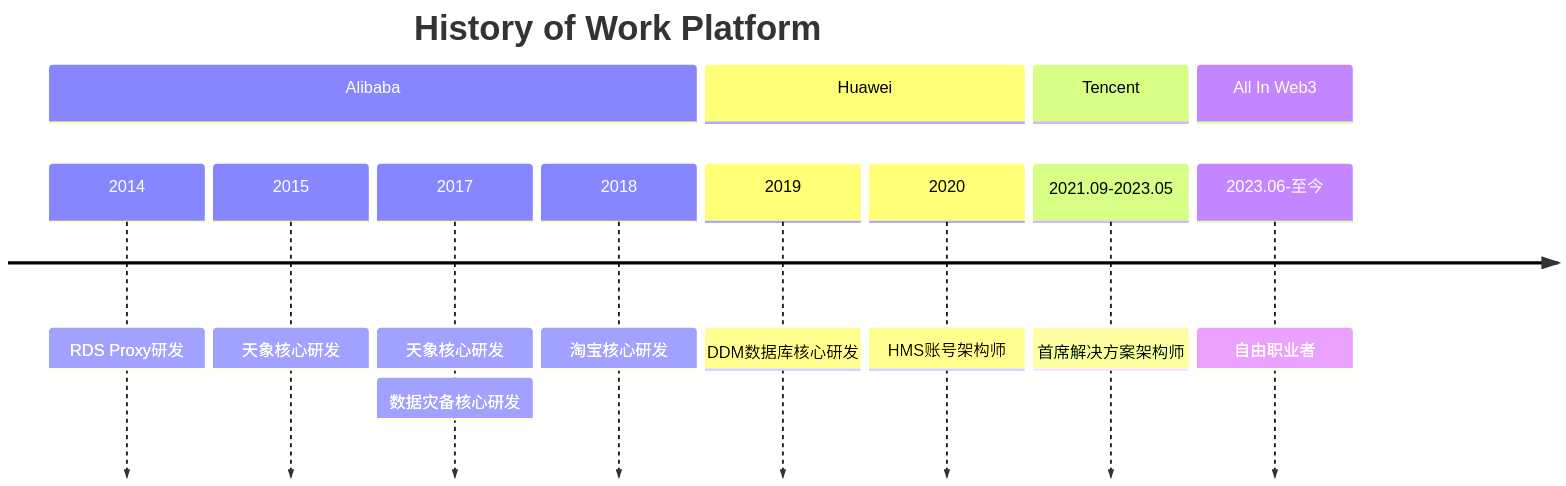
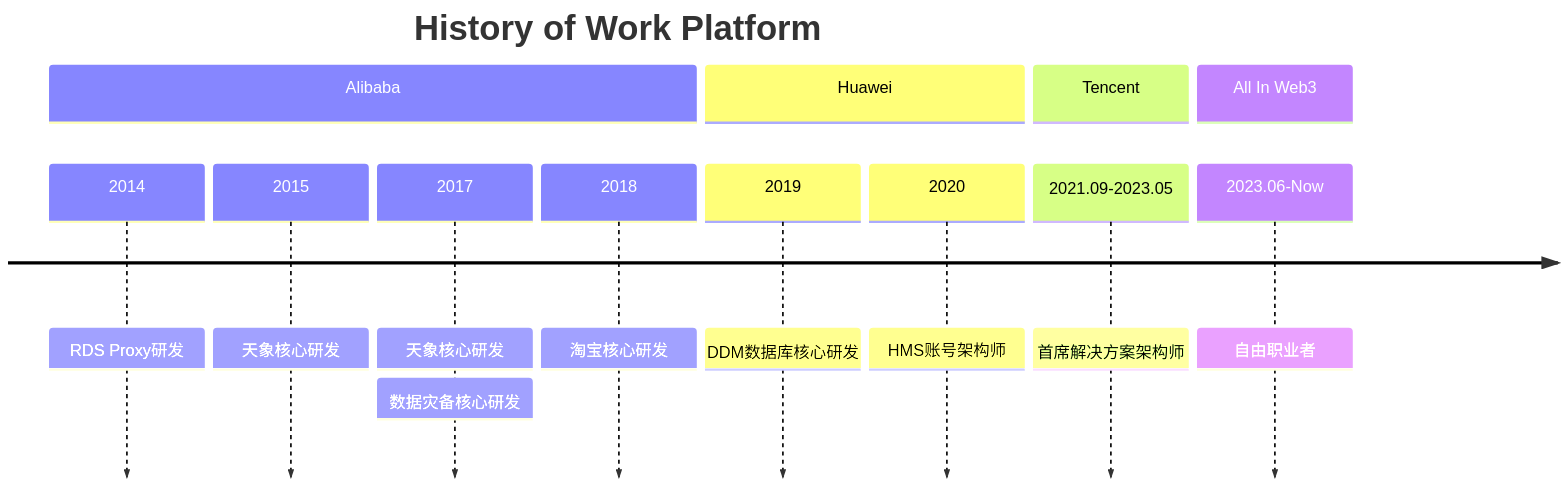
The diagram in source/about/index.md (lispking/lispking.github.io), drawn with Mermaid before and after one commit.

Commit message:
! make code tidy

```diff
--- a/source/about/index.md
+++ b/source/about/index.md
@@ -14,19 +14,19 @@
 {% mermaid timeline %}
 %%{init: {'themeVariables':{'fontSize': '20px'}}}%%
 title History of Work Platform
 section Alibaba
     2014 : RDS Proxy研发
     2015 : 天象核心研发
     2017 : 天象核心研发 : 数据灾备核心研发
     2018 : 淘宝核心研发
 
 section Huawei
     2019 : DDM数据库核心研发
     2020 : HMS账号架构师
 
 section Tencent
     2021.09-2023.05 : 首席解决方案架构师
 
 section All In Web3
-    2023.06-至今 : 自由职业者
+    2023.06-Now : 自由职业者
 {% endmermaid %}
```
